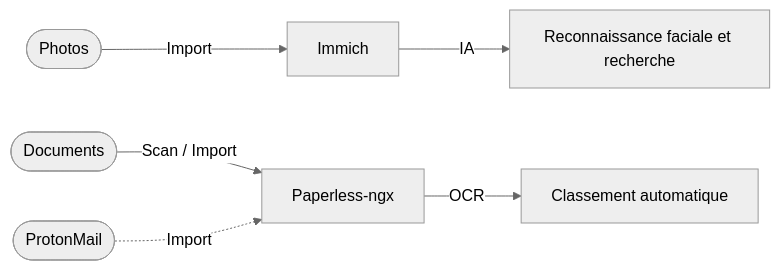
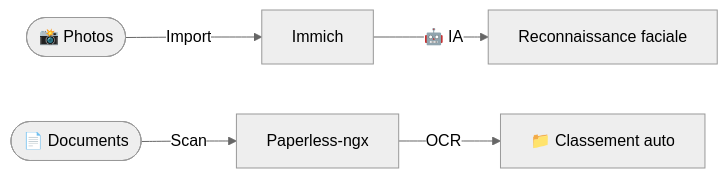
One commit to Wifsimster/docker-setup changed the fourth of 6 diagrams in README.md. Above: the diagram before and after it, drawn with Mermaid (neutral theme). The commit also changed other lines of this file, not shown here.

````diff
--- a/README.md
+++ b/README.md
@@ -131,8 +92,7 @@
 ```mermaid
 graph LR
-    Photos([Photos]) -->|Import| Immich
-    Immich -->|IA| Reco[Reconnaissance faciale et recherche]
-    Documents([Documents]) -->|Scan / Import| Paperless[Paperless-ngx]
-    Paperless -->|OCR| Classe[Classement automatique]
-    Email([ProtonMail]) -.->|Import| Paperless
+    P([📸 Photos]) -->|Import| Immich
+    Immich -->|🤖 IA| Reco[Reconnaissance faciale]
+    D([📄 Documents]) -->|Scan| Paperless[Paperless-ngx]
+    Paperless -->|OCR| Class[📁 Classement auto]
 ```
````
